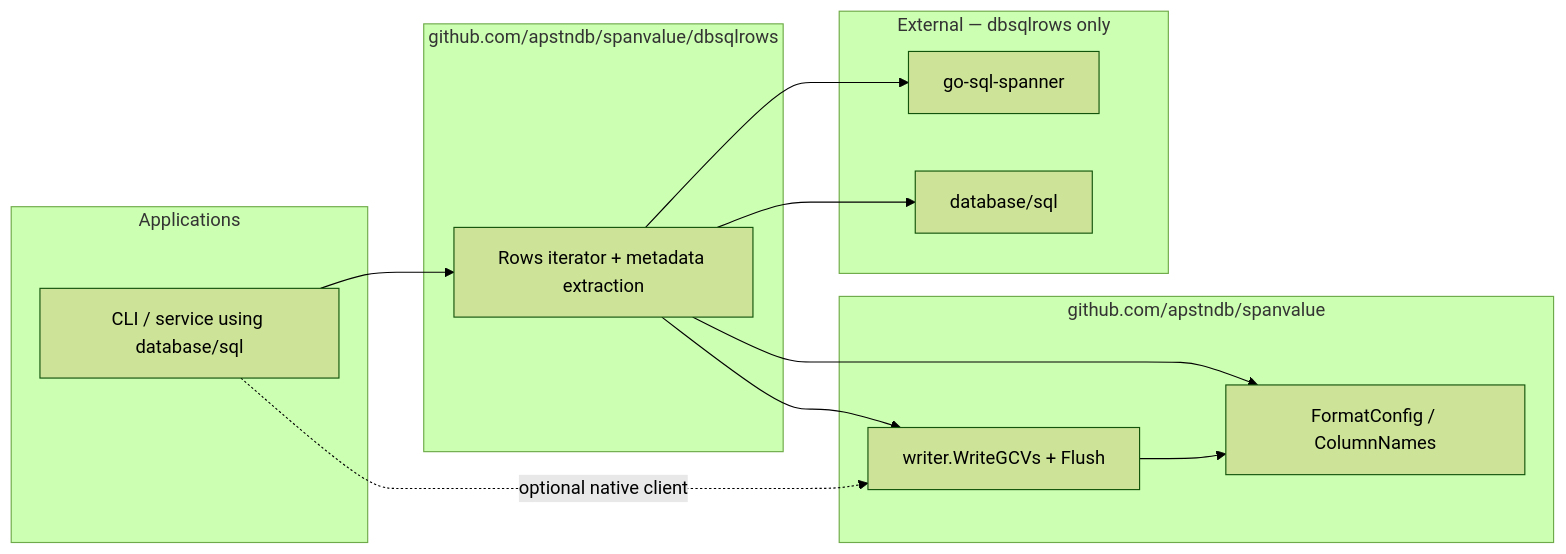
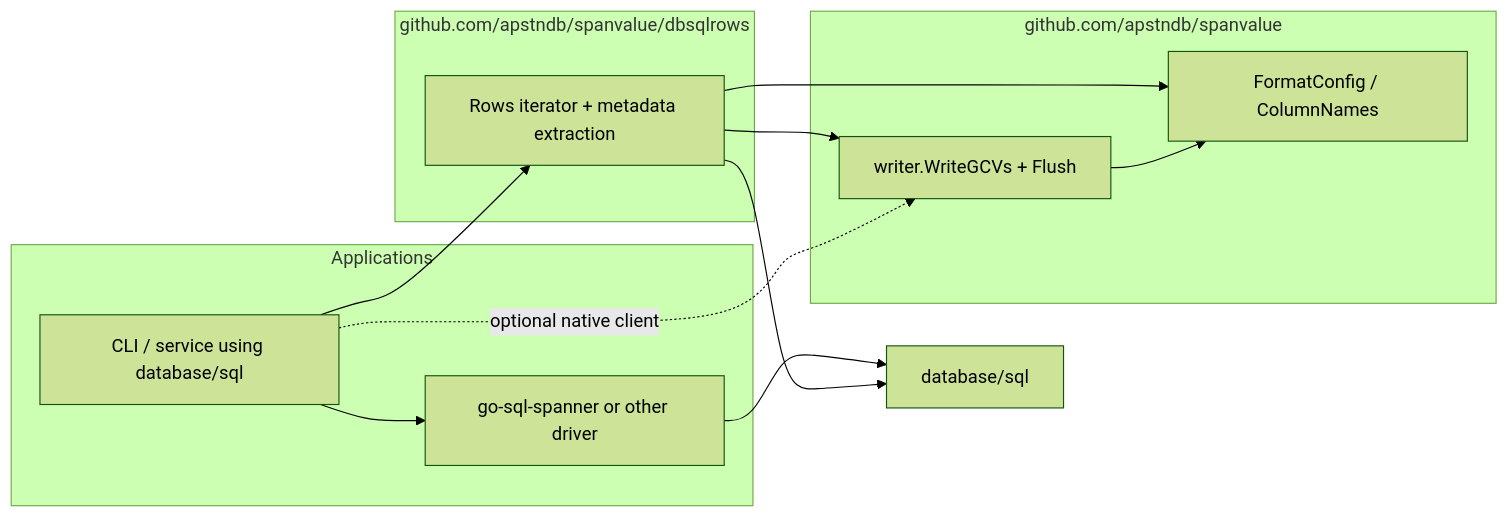
The diagram in dbsqlrows/README.md (apstndb/spanvalue), drawn with Mermaid (forest theme) before and after one commit. The commit also changed other lines of this file and 6 other files, not shown here.

First line of the commit message:
dbsqlrows: drop go-sql-spanner; caller-owned ExecOptions (#178)

````diff
--- a/dbsqlrows/README.md
+++ b/dbsqlrows/README.md
@@ -29,24 +33,23 @@
 ```mermaid
 flowchart LR
   subgraph apps [Applications]
     A[CLI / service using database/sql]
+    D[go-sql-spanner or other driver]
   end
   subgraph dbsqlrows_mod [github.com/apstndb/spanvalue/dbsqlrows]
     S[Rows iterator + metadata extraction]
   end
   subgraph spanvalue_root [github.com/apstndb/spanvalue]
     V[FormatConfig / ColumnNames]
     W[writer.WriteGCVs + Flush]
   end
-  subgraph external [External — dbsqlrows only]
-    G[go-sql-spanner]
-    SQL[database/sql]
-  end
+  SQL[database/sql]
+  A --> D
   A --> S
+  D --> SQL
+  S --> SQL
   S --> W
   S --> V
-  S --> G
-  S --> SQL
   W --> V
   A -. optional native client .-> W
 ```
````
